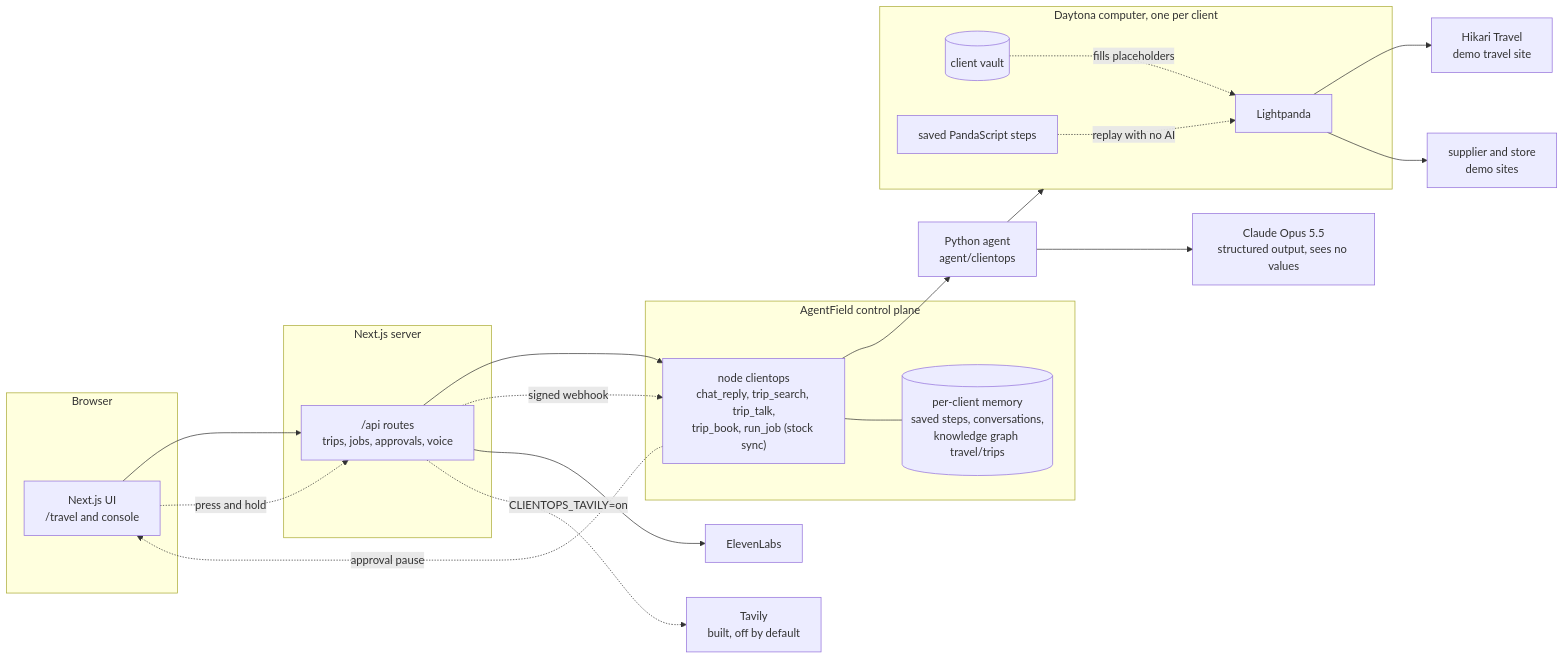
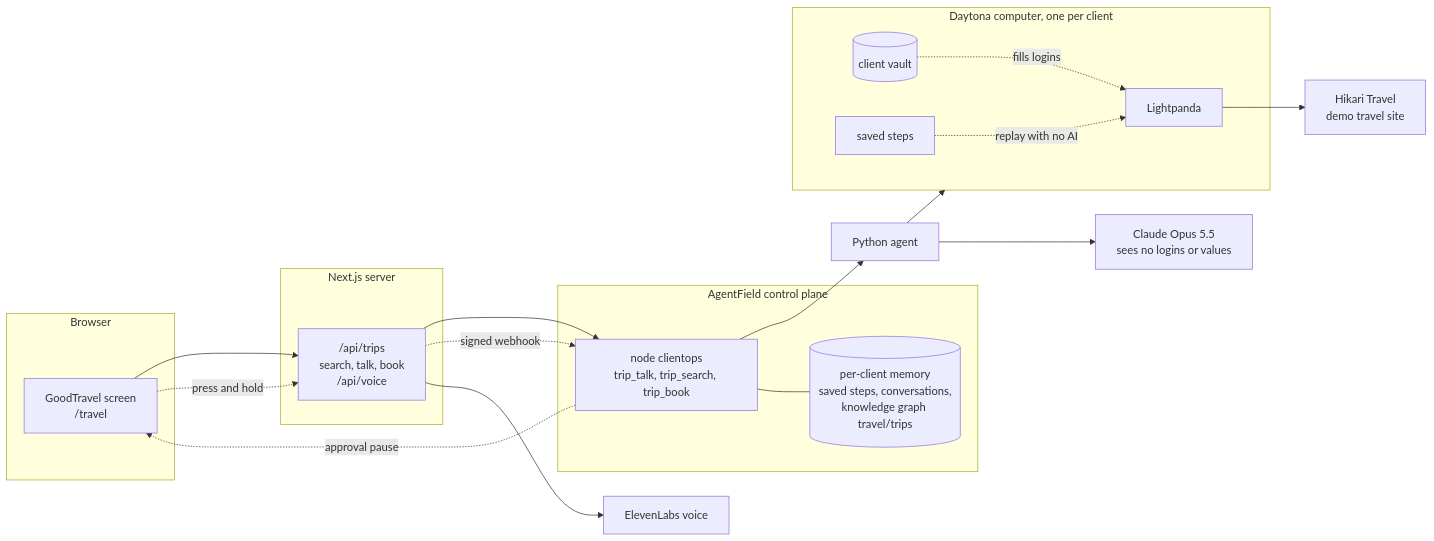
The diagram in README.md (test-aitest/GoodTravel), drawn with Mermaid before and after one commit. The commit also changed other lines of this file and 9 other files, not shown here.

First line of the commit message:
README: tell the GoodTravel trip with travel screenshots

````diff
--- a/README.md
+++ b/README.md
@@ -34,40 +29,36 @@
 ```mermaid
 flowchart LR
   subgraph Browser
-    UI["Next.js UI<br/>/travel and console"]
+    UI["GoodTravel screen<br/>/travel"]
   end
   subgraph App["Next.js server"]
-    API["/api routes<br/>trips, jobs, approvals, voice"]
+    API["/api/trips<br/>search, talk, book<br/>/api/voice"]
   end
   subgraph AF["AgentField control plane"]
-    Node["node clientops<br/>chat_reply, trip_search, trip_talk,<br/>trip_book, run_job (stock sync)"]
+    Node["node clientops<br/>trip_talk, trip_search, trip_book"]
     Mem[("per-client memory<br/>saved steps, conversations,<br/>knowledge graph travel/trips")]
   end
-  Agent["Python agent<br/>agent/clientops"]
-  Claude["Claude Opus 5.5<br/>structured output, sees no values"]
+  Agent["Python agent"]
+  Claude["Claude Opus 5.5<br/>sees no logins or values"]
   subgraph DT["Daytona computer, one per client"]
     LP["Lightpanda"]
     Vault[("client vault")]
-    Steps["saved PandaScript steps"]
+    Steps["saved steps"]
   end
   Travel["Hikari Travel<br/>demo travel site"]
-  Stores["supplier and store<br/>demo sites"]
-  Voice["ElevenLabs"]
-  Tavily["Tavily<br/>built, off by default"]
+  Voice["ElevenLabs voice"]
 
   UI --> API
   API --> Node
   Node --> Agent
   Node --- Mem
   Agent --> Claude
   Agent --> DT
   LP --> Travel
-  LP --> Stores
-  Vault -.->|fills placeholders| LP
+  Vault -.->|fills logins| LP
   Steps -.->|replay with no AI| LP
   Node -.->|approval pause| UI
   UI -.->|press and hold| API
   API -.->|signed webhook| Node
   API --> Voice
-  API -.->|CLIENTOPS_TAVILY=on| Tavily
 ```
````
